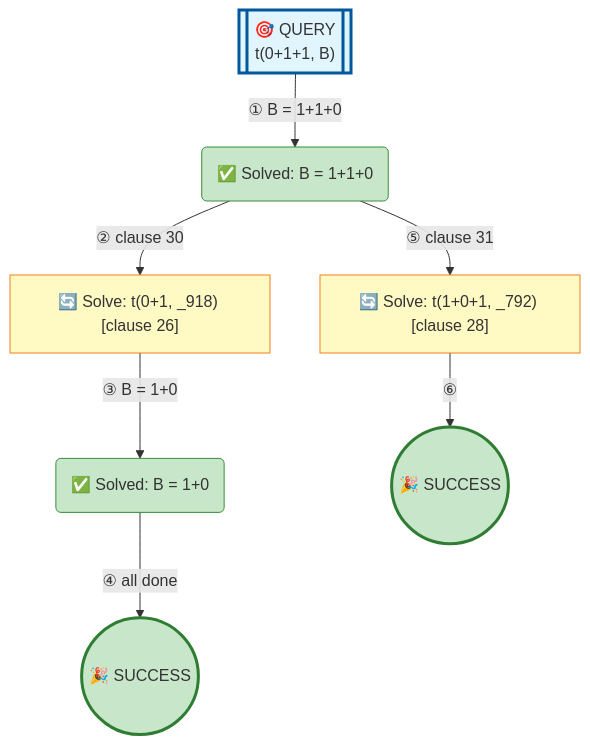
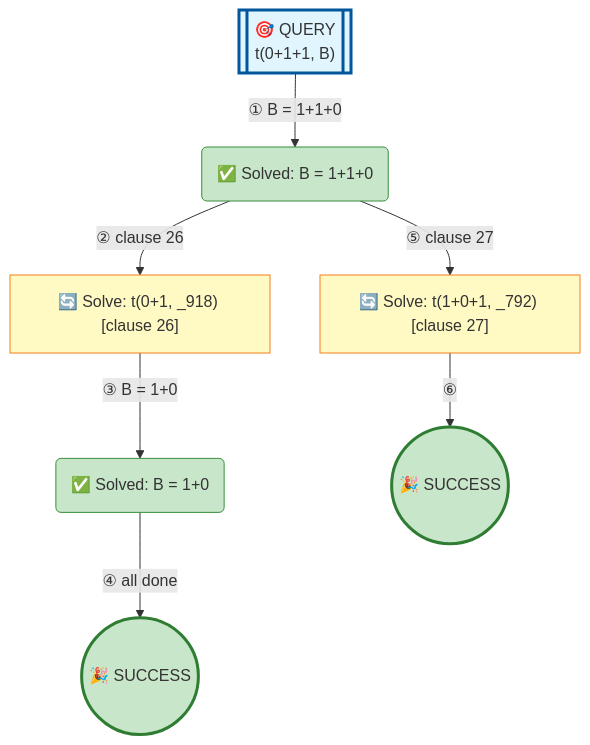
The diagram in examples/3_3_operators-minimal.md (jarecsni/prolog-trace-viz), drawn with Mermaid before and after one commit. The commit also changed 24 other files, not shown here.

````diff
--- a/examples/3_3_operators-minimal.md
+++ b/examples/3_3_operators-minimal.md
@@ -19,29 +19,29 @@
 ```mermaid
 graph TD
 
 %% Nodes
 A[["🎯 QUERY<br/>t(0+1+1, B)"]]
 B("✅ Solved: B = 1+1+0")
 C["🔄 Solve: t(0+1, _918) [clause 26]"]
 D("✅ Solved: B = 1+0")
 E(("🎉 SUCCESS"))
-F["🔄 Solve: t(1+0+1, _792) [clause 28]"]
+F["🔄 Solve: t(1+0+1, _792) [clause 27]"]
 G(("🎉 SUCCESS"))
 
 %% Edges
 A -->|"① B = 1+1+0"| B
-B -->|"② clause 30"| C
+B -->|"② clause 26"| C
 C -->|"③ B = 1+0"| D
 D -->|"④ all done"| E
-B -->|"⑤ clause 31"| F
+B -->|"⑤ clause 27"| F
 F -->|"⑥"| G
 
 %% Styles
 style A fill:#e1f5ff,stroke:#01579b,stroke-width:3px
 style B fill:#c8e6c9,stroke:#388e3c
 style C fill:#fff9c4,stroke:#f57f17
 style D fill:#c8e6c9,stroke:#388e3c
 style E fill:#c8e6c9,stroke:#2e7d32,stroke-width:3px
 style F fill:#fff9c4,stroke:#f57f17
 style G fill:#c8e6c9,stroke:#2e7d32,stroke-width:3px
 ```
````
